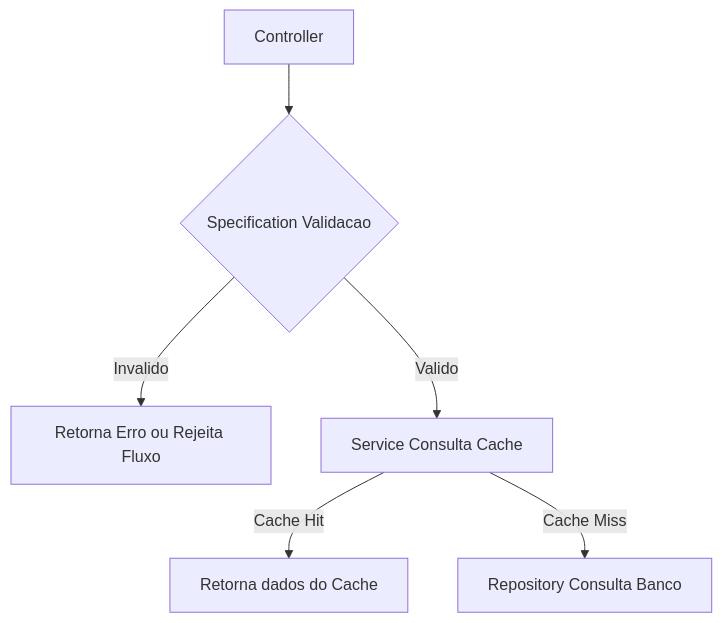
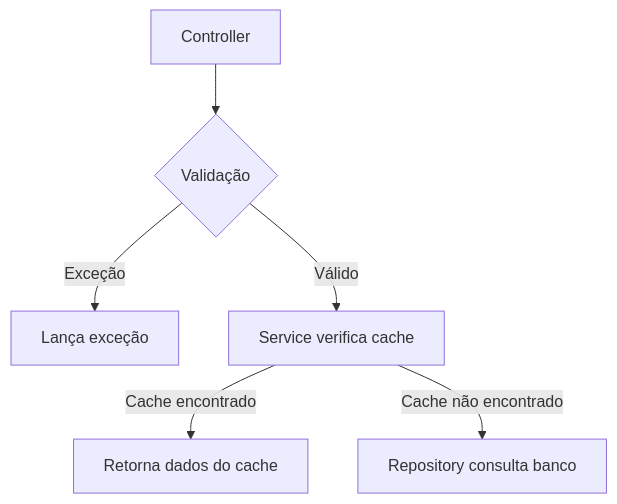
One commit to jeffersonnjunior/Monolith-.Net changed the diagram in README.md. Above: the diagram before and after it, drawn with Mermaid.

Commit message:
fix: correction readme

````diff
--- a/README.md
+++ b/README.md
@@ -105,9 +105,9 @@
 ```mermaid
 graph TD
-    A[Controller] --> B{Specification Validacao}
-    B -- Invalido --> E[Retorna Erro ou Rejeita Fluxo]
-    B -- Valido --> C[Service Consulta Cache]
-    C -- Cache Hit --> F[Retorna dados do Cache]
-    C -- Cache Miss --> D[Repository Consulta Banco]
+    A[Controller] --> B{Validação}
+    B -- Exceção --> E[Lança exceção]
+    B -- Válido --> C[Service verifica cache]
+    C -- Cache encontrado --> F[Retorna dados do cache]
+    C -- Cache não encontrado --> D[Repository consulta banco]
 
 ```
````
